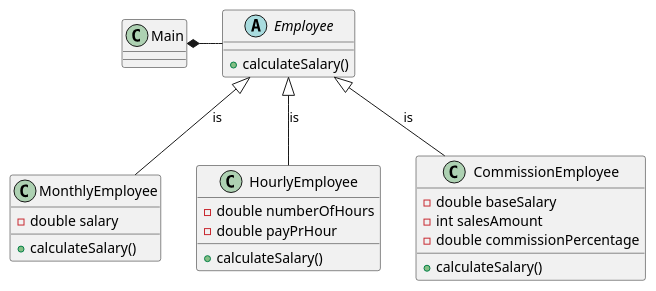
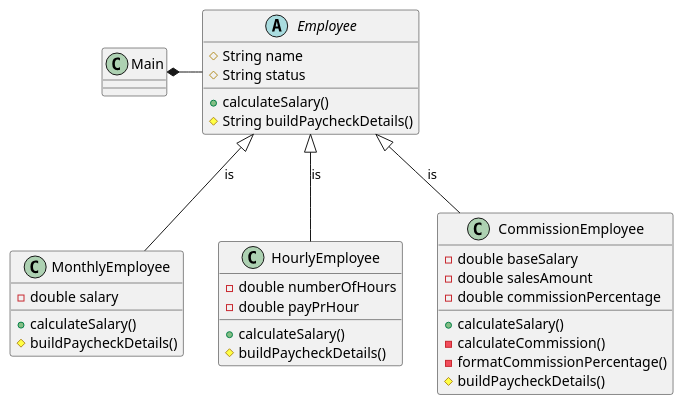
The diagram in doc/classdiagram_1.0.puml (DHangaard/SalaryApp), drawn with PlantUML before and after one commit. The commit also changed 5 other files, not shown here.

```diff
--- a/doc/classdiagram_1.0.puml
+++ b/doc/classdiagram_1.0.puml
@@ -1,36 +1,45 @@
 @startuml
 
 class Main
 
 abstract Employee{
+# String name
+# String status
+
 + calculateSalary()
+# String buildPaycheckDetails()
 }
 
 class MonthlyEmployee{
 - double salary
 
 + calculateSalary()
+# buildPaycheckDetails()
 }
 
 class HourlyEmployee{
 - double numberOfHours
 - double payPrHour
 
 + calculateSalary()
+# buildPaycheckDetails()
 }
 
 class CommissionEmployee{
 - double baseSalary
-- int salesAmount
+- double salesAmount
 - double commissionPercentage
 
 + calculateSalary()
+- calculateCommission()
+- formatCommissionPercentage()
+# buildPaycheckDetails()
 }
 
 Main *- Employee
 
 Employee <|-- MonthlyEmployee : is
 Employee <|-- HourlyEmployee : is
 Employee <|-- CommissionEmployee : is
 
 @enduml
```
